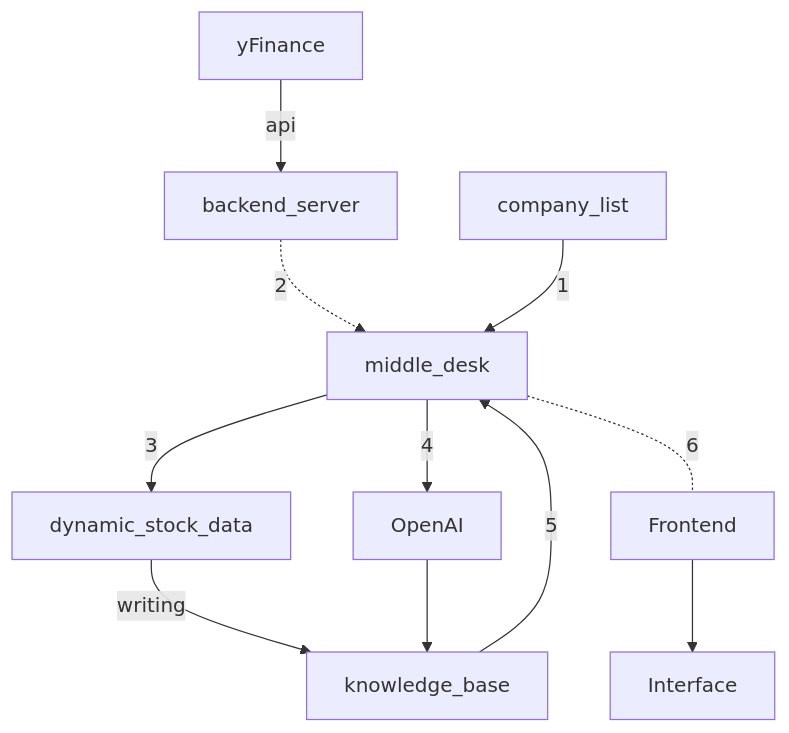
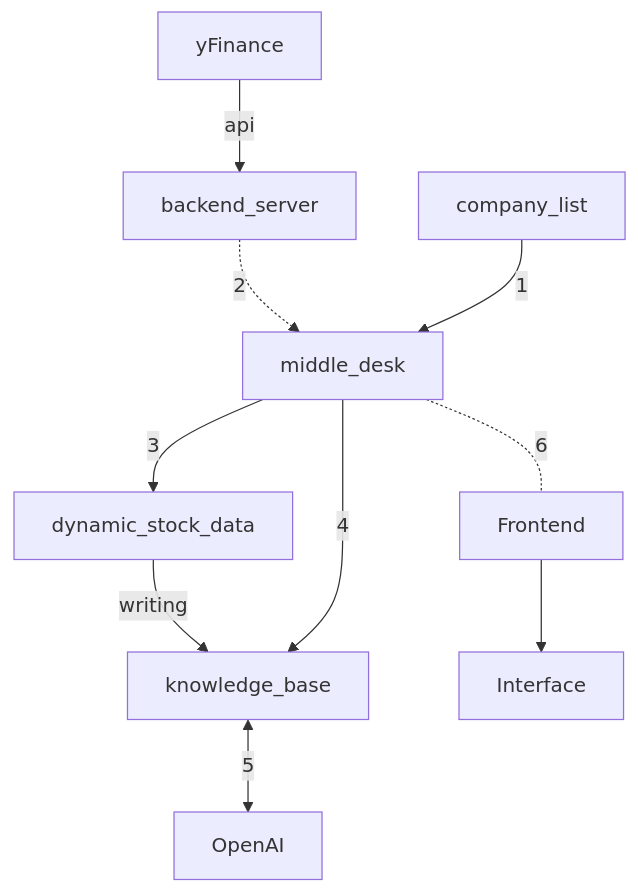
Before and after one commit to Jiang-Feiyu/A-Stock-Investment-AI-Bot-Based-on-LightRAG: the diagram in README.md, drawn with Mermaid. The commit also changed other lines of this file, not shown here.

Commit message:
update: readme graph

````diff
--- a/README.md
+++ b/README.md
@@ -3,12 +3,11 @@
 ```mermaid
 graph TD
 yFinance --api--> backend_server
 backend_server -.2.-> middle_desk
 middle_desk --3--> dynamic_stock_data
 company_list --1--> middle_desk
 dynamic_stock_data --writing--> knowledge_base
-knowledge_base --5--> middle_desk
-middle_desk --4--> OpenAI 
-OpenAI --> knowledge_base
+middle_desk --4--> knowledge_base
+knowledge_base <--5--> OpenAI
 middle_desk -.6.-Frontend--> Interface
 ```
````
